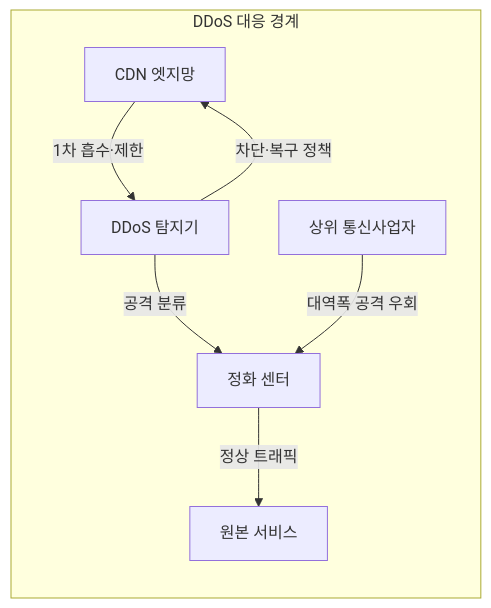
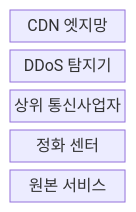
Before and after one commit to agnusdei1207/knowledge-base: the first of 2 diagrams in src/content/docs/notes/04-network/087_ddos_attack_mitigation.md, drawn with Mermaid. The commit also changed other lines of this file and 4 other files, not shown here.

````diff
--- a/src/content/docs/notes/04-network/087_ddos_attack_mitigation.md
+++ b/src/content/docs/notes/04-network/087_ddos_attack_mitigation.md
@@ -54,10 +53,9 @@
 ```mermaid
-flowchart LR
-    subgraph D[DDoS 대응 경계]
-        A["CDN 엣지망"] -->|1차 흡수·제한| B["DDoS 탐지기"]
-        B -->|공격 분류| C["정화 센터"]
-        C -->|정상 트래픽| O["원본 서비스"]
-        E["상위 통신사업자"] -->|대역폭 공격 우회| C
-        B -->|차단·복구 정책| A
-    end
+block-beta
+    columns 1
+    EDGE["CDN 엣지망"]
+    DETECTOR["DDoS 탐지기"]
+    CARRIER["상위 통신사업자"]
+    SCRUB["정화 센터"]
+    ORIGIN["원본 서비스"]
 ```
````
